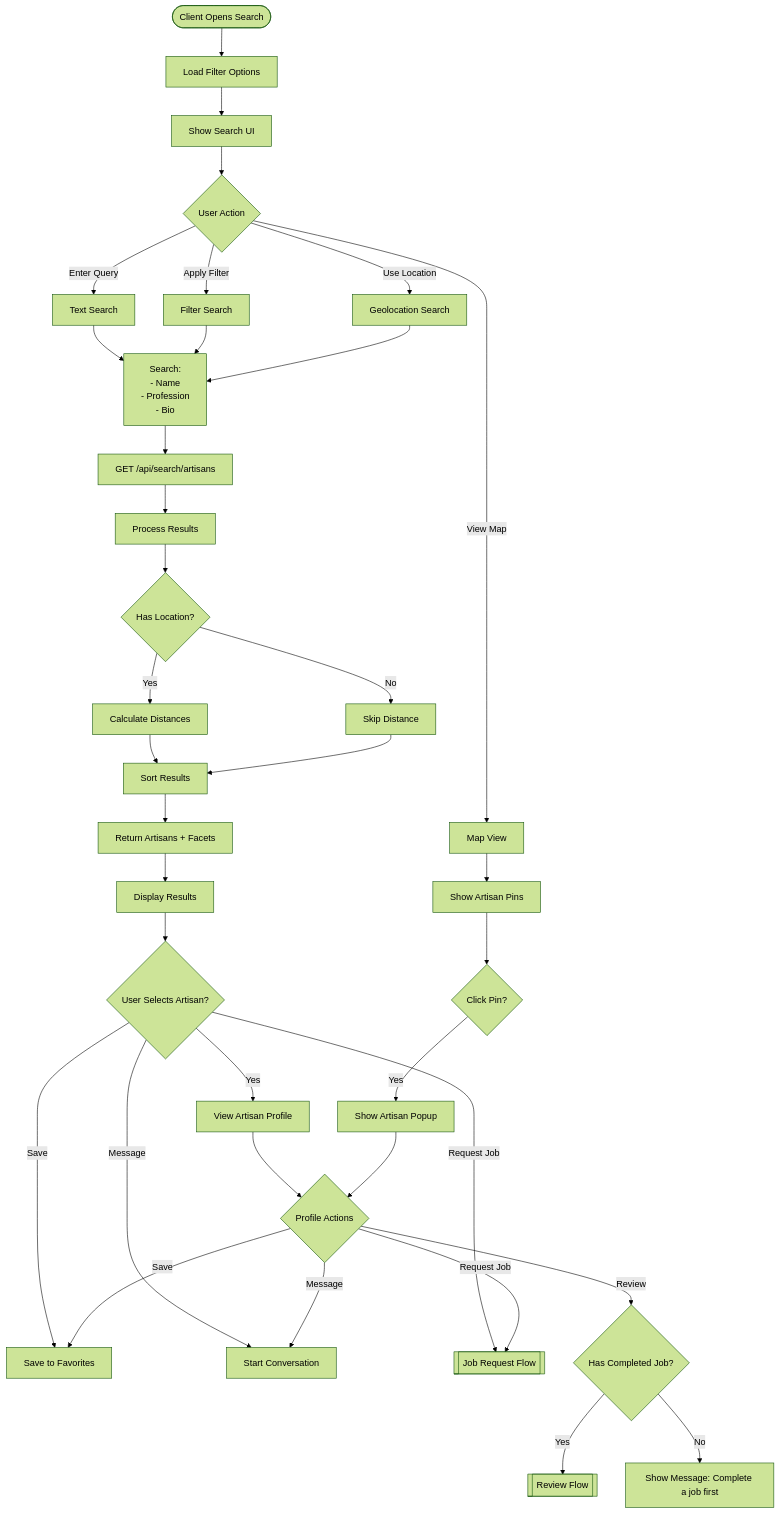
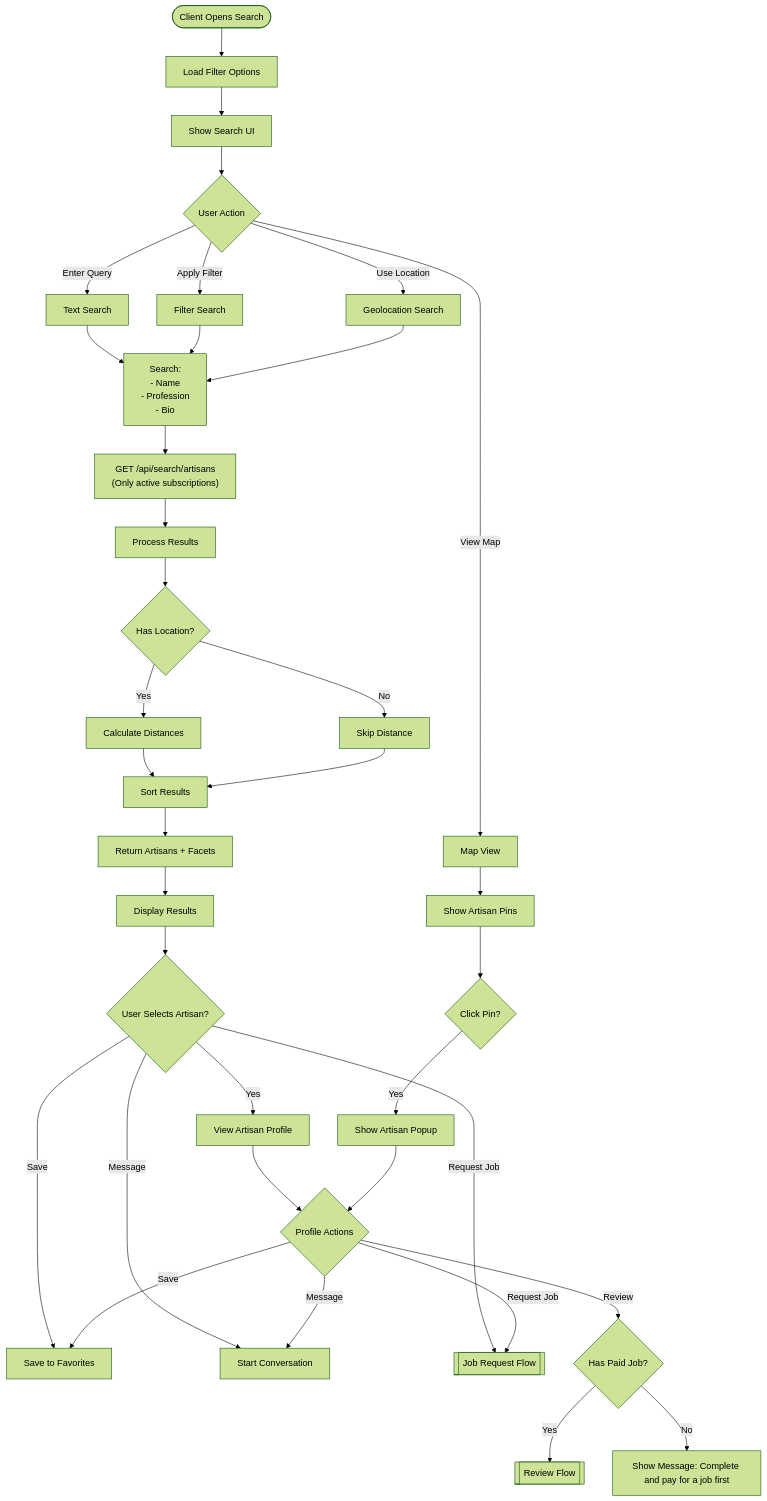
Before and after one commit to Mont3ll/ArtisanLink: diagram 12 of 15 in docs/FLOWCHARTS.md, drawn with Mermaid (forest theme). The commit also changed other lines of this file and 23 other files, not shown here.

First line of the commit message:
fix: multi-flow audit — 11 fixes, subscription gating, messaging attachments, admin doc preview

````diff
--- a/docs/FLOWCHARTS.md
+++ b/docs/FLOWCHARTS.md
@@ -456,49 +458,49 @@
 ```mermaid
 flowchart TD
     Start([Client Opens Search]) --> LoadFilters[Load Filter Options]
     LoadFilters --> ShowUI[Show Search UI]
     
     ShowUI --> UserAction{User Action}
     
     UserAction -->|Enter Query| TextSearch[Text Search]
     UserAction -->|Apply Filter| FilterSearch[Filter Search]
     UserAction -->|Use Location| GeoSearch[Geolocation Search]
     UserAction -->|View Map| MapView[Map View]
     
     TextSearch --> BuildQuery["Search:<br/>- Name<br/>- Profession<br/>- Bio"]
     FilterSearch --> BuildQuery
     GeoSearch --> BuildQuery
     
-    BuildQuery --> APICall["GET /api/search/artisans"]
+    BuildQuery --> APICall["GET /api/search/artisans<br/>(Only active subscriptions)"]
     APICall --> ProcessResults[Process Results]
     
     ProcessResults --> CalculateDistance{Has Location?}
     CalculateDistance -->|Yes| AddDistance[Calculate Distances]
     CalculateDistance -->|No| SkipDistance[Skip Distance]
     
     AddDistance --> SortResults[Sort Results]
     SkipDistance --> SortResults
     
     SortResults --> ReturnResults[Return Artisans + Facets]
     ReturnResults --> DisplayResults[Display Results]
     
     DisplayResults --> UserSelect{User Selects Artisan?}
     UserSelect -->|Yes| ViewProfile[View Artisan Profile]
     UserSelect -->|Save| SaveArtisan[Save to Favorites]
     UserSelect -->|Message| StartConversation[Start Conversation]
     UserSelect -->|Request Job| RequestJob[[Job Request Flow]]
     
     ViewProfile --> ProfileActions{Profile Actions}
     ProfileActions -->|Save| SaveArtisan
     ProfileActions -->|Message| StartConversation
     ProfileActions -->|Request Job| RequestJob
-    ProfileActions -->|Review| CheckCanReview{Has Completed Job?}
+    ProfileActions -->|Review| CheckCanReview{Has Paid Job?}
     
     CheckCanReview -->|Yes| WriteReview[[Review Flow]]
-    CheckCanReview -->|No| NoReview[Show Message: Complete a job first]
+    CheckCanReview -->|No| NoReview[Show Message: Complete and pay for a job first]
     
     MapView --> ShowPins[Show Artisan Pins]
     ShowPins --> ClickPin{Click Pin?}
     ClickPin -->|Yes| ShowPopup[Show Artisan Popup]
     ShowPopup --> ProfileActions
 ```
````
